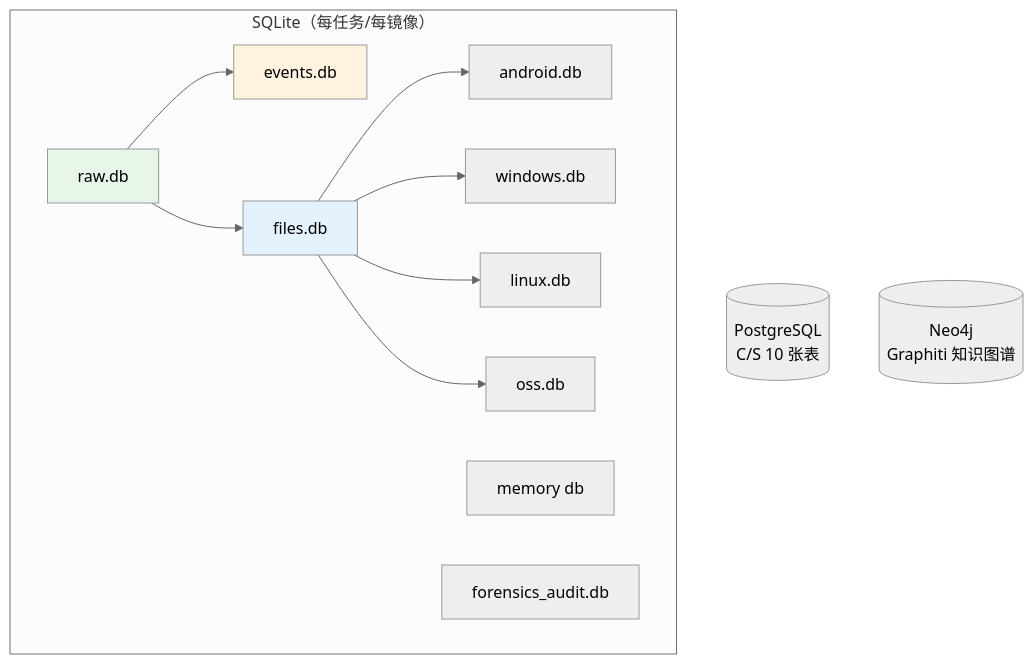
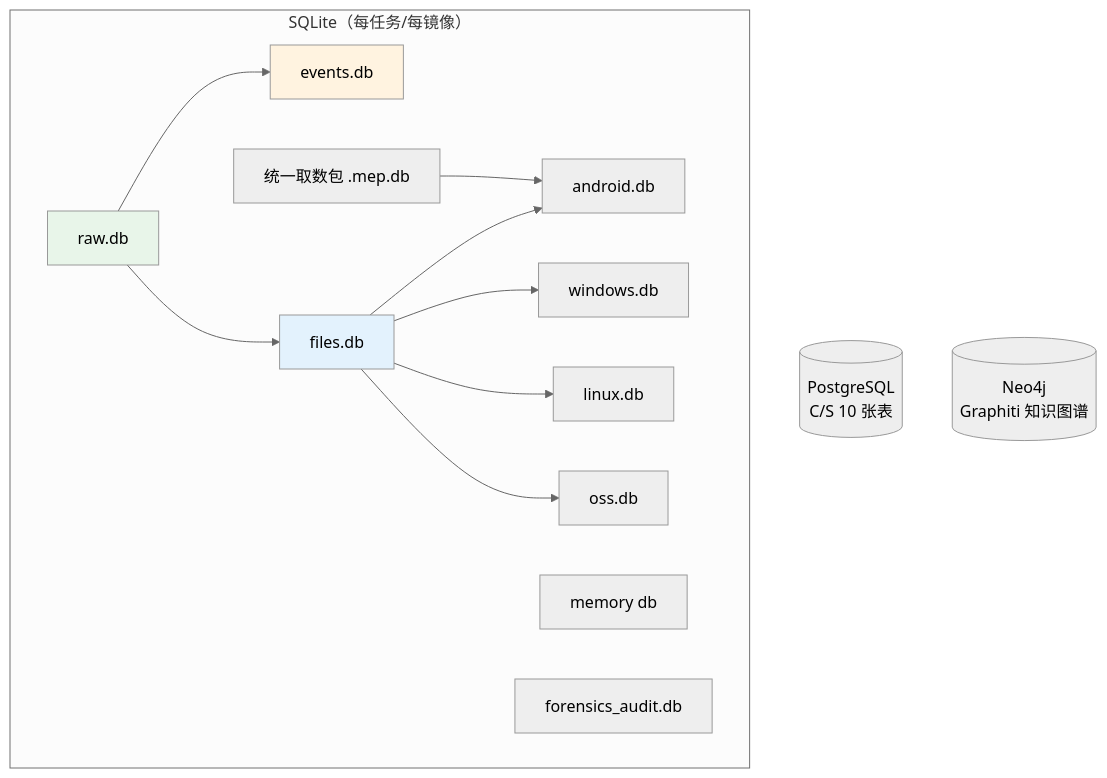
One commit to ymj68520/TraceLens changed the first of 2 diagrams in docs/architecture/DatabaseSchema.md. Above: the diagram before and after it, drawn with Mermaid (neutral theme). The commit also changed other lines of this file and 79 other files, not shown here.

````diff
--- a/docs/architecture/DatabaseSchema.md
+++ b/docs/architecture/DatabaseSchema.md
@@ -30,25 +30,27 @@
 ```mermaid
 graph TB
     subgraph "SQLite（每任务/每镜像）"
         RAW[raw.db]
         EV[events.db]
         FL[files.db]
         AN[android.db]
         WI[windows.db]
         LI[linux.db]
         OS[oss.db]
         ME[memory db]
+        MEP[统一取数包 .mep.db]
         AU[forensics_audit.db]
     end
     PG[(PostgreSQL<br/>C/S 10 张表)]
     N4[(Neo4j<br/>Graphiti 知识图谱)]
     RAW --> EV
     RAW --> FL
     FL --> AN
     FL --> WI
     FL --> LI
     FL --> OS
+    MEP --> AN
     style RAW fill:#e8f5e9
     style EV fill:#fff3e0
     style FL fill:#e3f2fd
 ```
````
